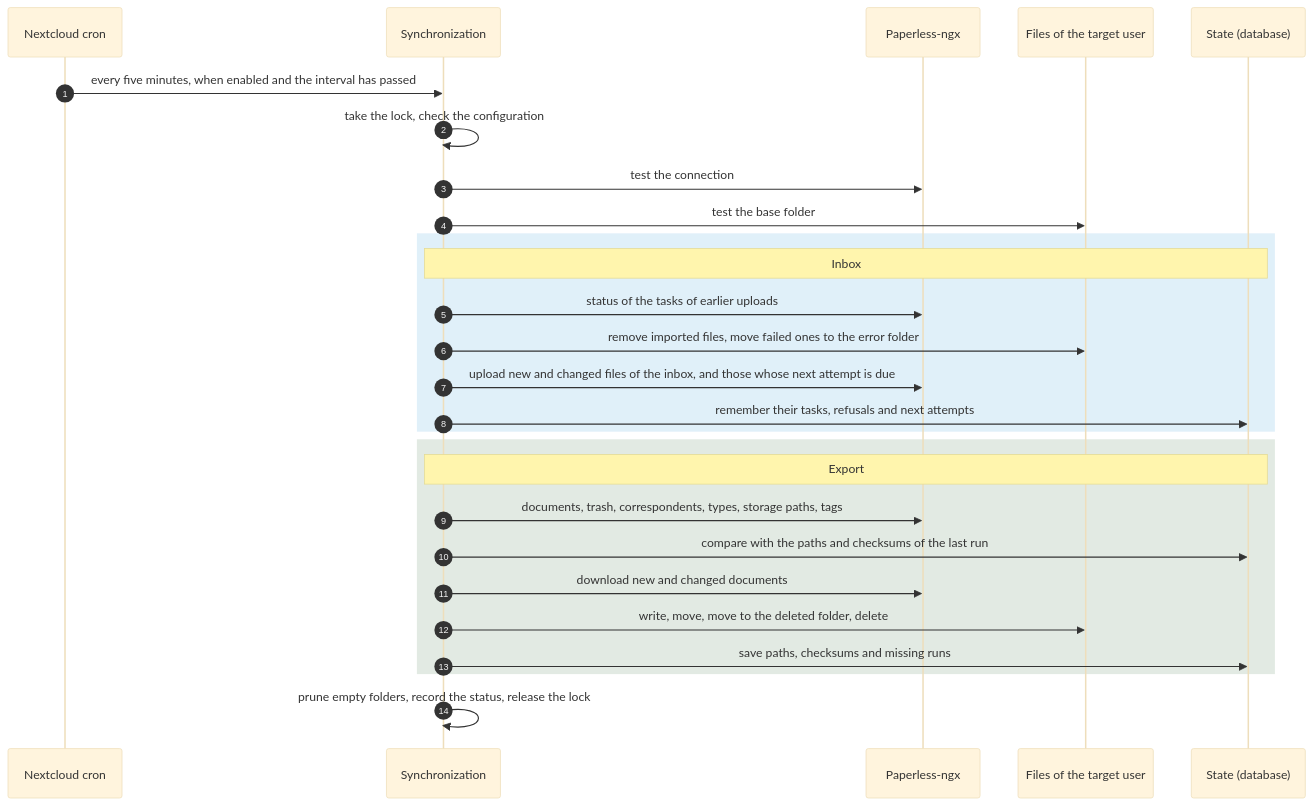
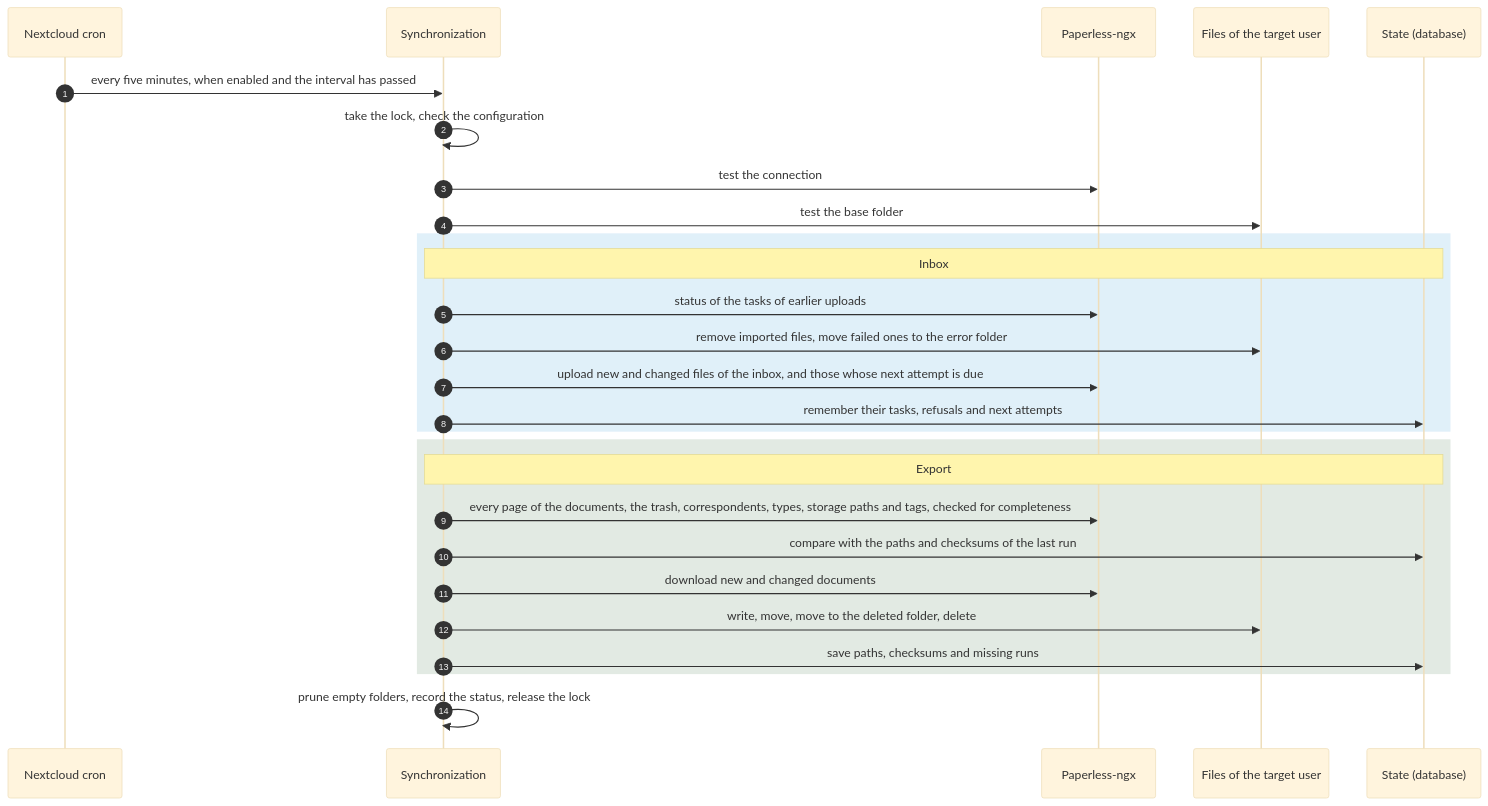
One commit to Dennis-Otto/paperless-sync changed the second of 2 diagrams in docs/architecture.md. Above: the diagram before and after it, drawn with Mermaid (base theme). The commit also changed other lines of this file and 21 other files, not shown here.

First line of the commit message:
fix(sync): keep every run within the batch size and never treat an incomplete scan as deletions (#92)

````diff
--- a/docs/architecture.md
+++ b/docs/architecture.md
@@ -54,29 +54,29 @@
 ```mermaid
 sequenceDiagram
     autonumber
     participant Cron as Nextcloud cron
     participant Sync as Synchronization
     participant Paperless as Paperless-ngx
     participant Files as Files of the target user
     participant State as State (database)
     Cron->>Sync: every five minutes, when enabled and the interval has passed
     Sync->>Sync: take the lock, check the configuration
     Sync->>Paperless: test the connection
     Sync->>Files: test the base folder
     rect rgba(0, 130, 201, 0.12)
         Note over Sync,State: Inbox
         Sync->>Paperless: status of the tasks of earlier uploads
         Sync->>Files: remove imported files, move failed ones to the error folder
         Sync->>Paperless: upload new and changed files of the inbox, and those whose next attempt is due
         Sync->>State: remember their tasks, refusals and next attempts
     end
     rect rgba(23, 84, 31, 0.12)
         Note over Sync,State: Export
-        Sync->>Paperless: documents, trash, correspondents, types, storage paths, tags
+        Sync->>Paperless: every page of the documents, the trash, correspondents, types, storage paths and tags, checked for completeness
         Sync->>State: compare with the paths and checksums of the last run
         Sync->>Paperless: download new and changed documents
         Sync->>Files: write, move, move to the deleted folder, delete
         Sync->>State: save paths, checksums and missing runs
     end
     Sync->>Sync: prune empty folders, record the status, release the lock
 ```
````
